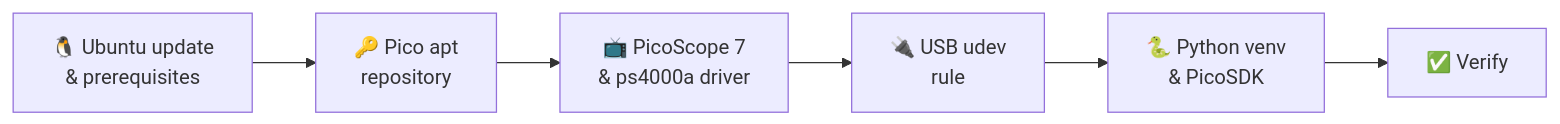
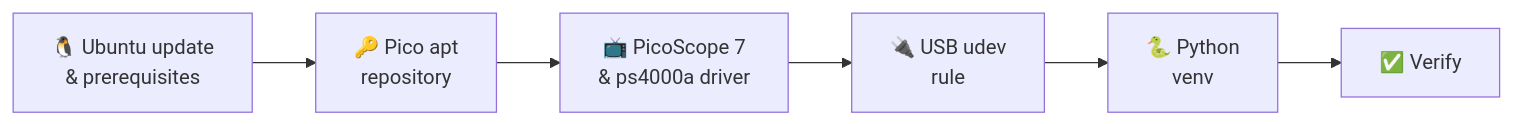
Before and after one commit to tonynv/pico-tools: the diagram in README.md, drawn with Mermaid. The commit also changed other lines of this file, not shown here.

Commit message:
Document the pico-tools Python package in README

````diff
--- a/README.md
+++ b/README.md
@@ -71,8 +107,8 @@
 ```mermaid
 flowchart LR
     A[🐧 Ubuntu update<br/>& prerequisites] --> B[🔑 Pico apt<br/>repository]
     B --> C[📺 PicoScope 7<br/>& ps4000a driver]
     C --> D[🔌 USB udev<br/>rule]
-    D --> E[🐍 Python venv<br/>& PicoSDK]
+    D --> E[🐍 Python<br/>venv]
     E --> F[✅ Verify]
 ```
````
